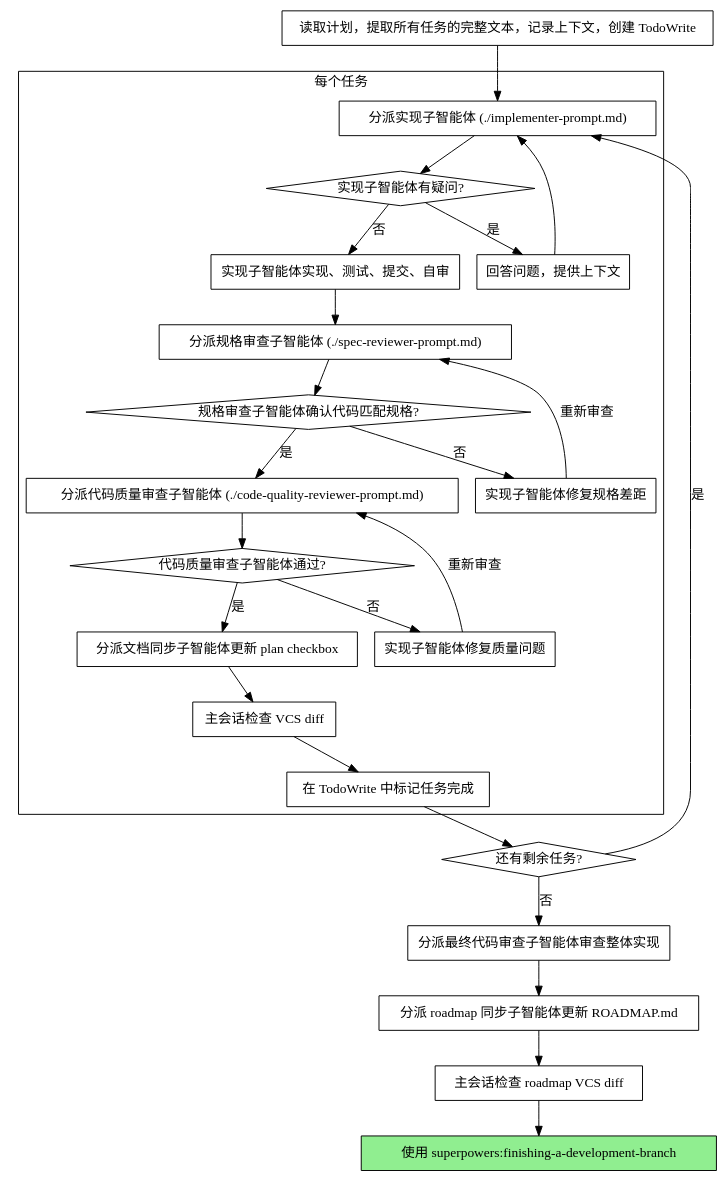
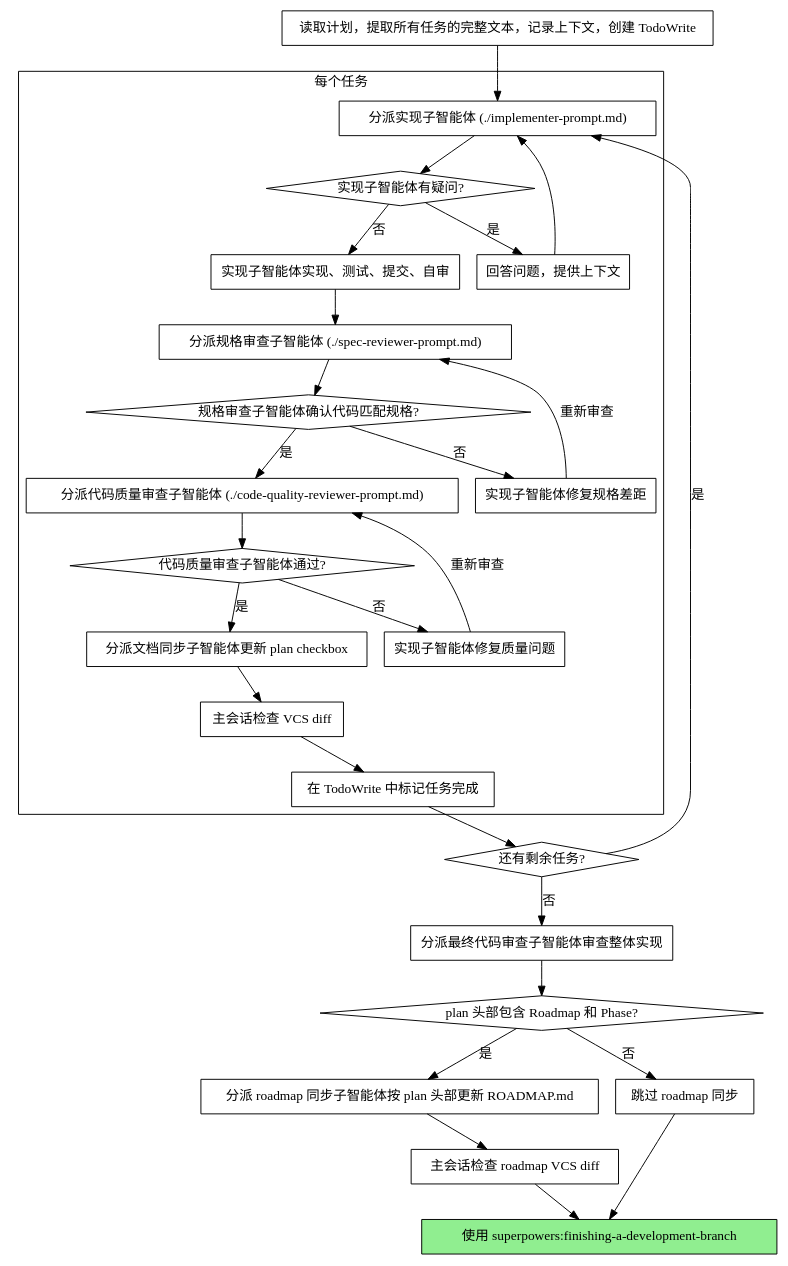
Before and after one commit to zhzl/unity-claude-plugin: the second of 2 diagrams in plugins/superpowers/skills/subagent-driven-development/SKILL.md, drawn with Graphviz. The commit also changed other lines of this file and 4 other files, not shown here.

````diff
--- a/plugins/superpowers/skills/subagent-driven-development/SKILL.md
+++ b/plugins/superpowers/skills/subagent-driven-development/SKILL.md
@@ -42,52 +42,57 @@
 ```dot
 digraph process {
     rankdir=TB;
 
     subgraph cluster_per_task {
         label="每个任务";
         "分派实现子智能体 (./implementer-prompt.md)" [shape=box];
         "实现子智能体有疑问?" [shape=diamond];
         "回答问题，提供上下文" [shape=box];
         "实现子智能体实现、测试、提交、自审" [shape=box];
         "分派规格审查子智能体 (./spec-reviewer-prompt.md)" [shape=box];
         "规格审查子智能体确认代码匹配规格?" [shape=diamond];
         "实现子智能体修复规格差距" [shape=box];
         "分派代码质量审查子智能体 (./code-quality-reviewer-prompt.md)" [shape=box];
         "代码质量审查子智能体通过?" [shape=diamond];
         "实现子智能体修复质量问题" [shape=box];
         "分派文档同步子智能体更新 plan checkbox" [shape=box];
         "主会话检查 VCS diff" [shape=box];
         "在 TodoWrite 中标记任务完成" [shape=box];
     }
 
     "读取计划，提取所有任务的完整文本，记录上下文，创建 TodoWrite" [shape=box];
     "还有剩余任务?" [shape=diamond];
     "分派最终代码审查子智能体审查整体实现" [shape=box];
-    "分派 roadmap 同步子智能体更新 ROADMAP.md" [shape=box];
+    "plan 头部包含 Roadmap 和 Phase?" [shape=diamond];
+    "分派 roadmap 同步子智能体按 plan 头部更新 ROADMAP.md" [shape=box];
     "主会话检查 roadmap VCS diff" [shape=box];
+    "跳过 roadmap 同步" [shape=box];
     "使用 superpowers:finishing-a-development-branch" [shape=box style=filled fillcolor=lightgreen];
 
     "读取计划，提取所有任务的完整文本，记录上下文，创建 TodoWrite" -> "分派实现子智能体 (./implementer-prompt.md)";
     "分派实现子智能体 (./implementer-prompt.md)" -> "实现子智能体有疑问?";
     "实现子智能体有疑问?" -> "回答问题，提供上下文" [label="是"];
     "回答问题，提供上下文" -> "分派实现子智能体 (./implementer-prompt.md)";
     "实现子智能体有疑问?" -> "实现子智能体实现、测试、提交、自审" [label="否"];
     "实现子智能体实现、测试、提交、自审" -> "分派规格审查子智能体 (./spec-reviewer-prompt.md)";
     "分派规格审查子智能体 (./spec-reviewer-prompt.md)" -> "规格审查子智能体确认代码匹配规格?";
     "规格审查子智能体确认代码匹配规格?" -> "实现子智能体修复规格差距" [label="否"];
     "实现子智能体修复规格差距" -> "分派规格审查子智能体 (./spec-reviewer-prompt.md)" [label="重新审查"];
     "规格审查子智能体确认代码匹配规格?" -> "分派代码质量审查子智能体 (./code-quality-reviewer-prompt.md)" [label="是"];
     "分派代码质量审查子智能体 (./code-quality-reviewer-prompt.md)" -> "代码质量审查子智能体通过?";
     "代码质量审查子智能体通过?" -> "实现子智能体修复质量问题" [label="否"];
     "实现子智能体修复质量问题" -> "分派代码质量审查子智能体 (./code-quality-reviewer-prompt.md)" [label="重新审查"];
     "代码质量审查子智能体通过?" -> "分派文档同步子智能体更新 plan checkbox" [label="是"];
     "分派文档同步子智能体更新 plan checkbox" -> "主会话检查 VCS diff";
     "主会话检查 VCS diff" -> "在 TodoWrite 中标记任务完成";
     "在 TodoWrite 中标记任务完成" -> "还有剩余任务?";
     "还有剩余任务?" -> "分派实现子智能体 (./implementer-prompt.md)" [label="是"];
     "还有剩余任务?" -> "分派最终代码审查子智能体审查整体实现" [label="否"];
-    "分派最终代码审查子智能体审查整体实现" -> "分派 roadmap 同步子智能体更新 ROADMAP.md";
-    "分派 roadmap 同步子智能体更新 ROADMAP.md" -> "主会话检查 roadmap VCS diff";
+    "分派最终代码审查子智能体审查整体实现" -> "plan 头部包含 Roadmap 和 Phase?";
+    "plan 头部包含 Roadmap 和 Phase?" -> "分派 roadmap 同步子智能体按 plan 头部更新 ROADMAP.md" [label="是"];
+    "plan 头部包含 Roadmap 和 Phase?" -> "跳过 roadmap 同步" [label="否"];
+    "分派 roadmap 同步子智能体按 plan 头部更新 ROADMAP.md" -> "主会话检查 roadmap VCS diff";
     "主会话检查 roadmap VCS diff" -> "使用 superpowers:finishing-a-development-branch";
+    "跳过 roadmap 同步" -> "使用 superpowers:finishing-a-development-branch";
 }
 ```
````
